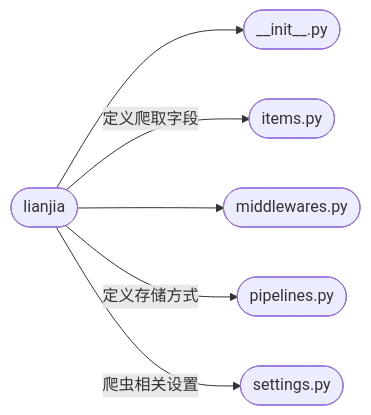
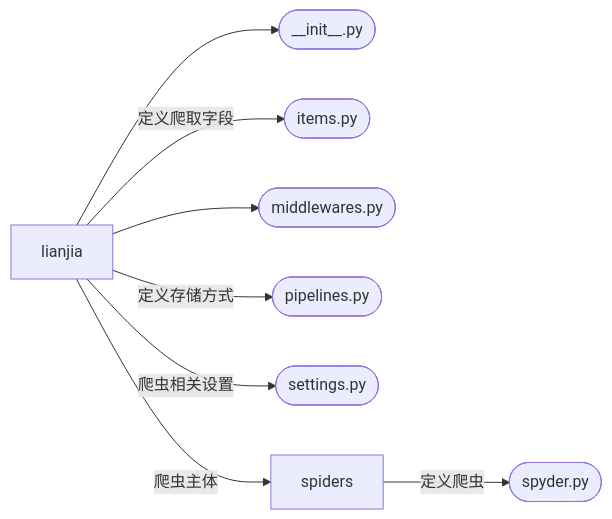
The first of 2 diagrams in README.md (MaiMeng1204/Predict-house-rent-with-neutral-network), drawn with Mermaid before and after one commit. The commit also changed other lines of this file, not shown here.

````diff
--- a/README.md
+++ b/README.md
@@ -11,9 +11,9 @@
 ```mermaid
 graph LR
-11([lianjia]) --> 21([__init__.py])
+11[lianjia] --> 21([__init__.py])
 11 -->|定义爬取字段| 22([items.py])
 11 --> 23([middlewares.py])
 11 -->|定义存储方式|24([pipelines.py])
 11 -->|爬虫相关设置|25([settings.py])
-
+11 -->|爬虫主体|26[spiders] -->|定义爬虫|31([spyder.py])
 ```
````
